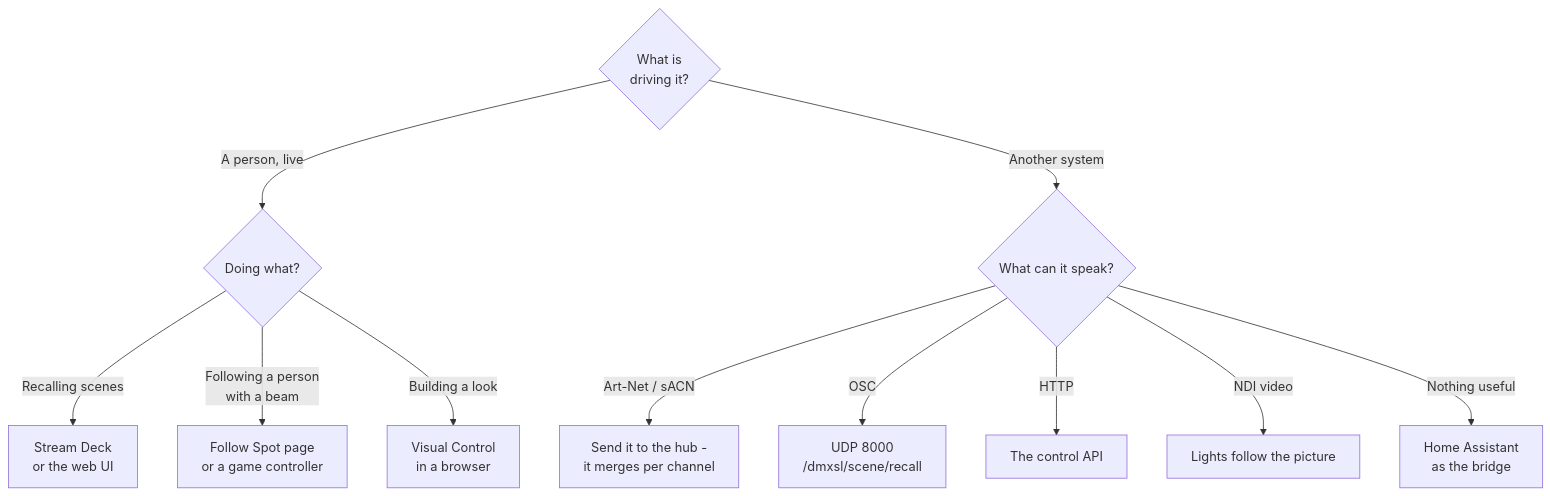
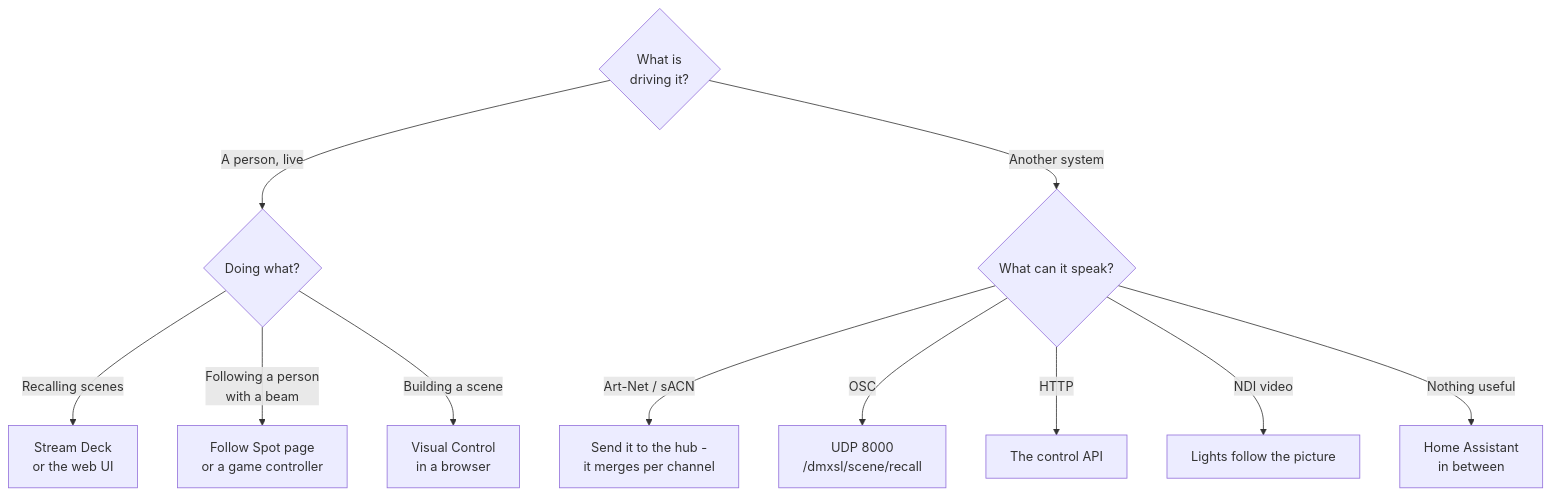
The eighth of 9 diagrams in docs/ARCHITECTURE.md (WhiteCrowSecurity/DMXSmartLink), drawn with Mermaid before and after one commit. The commit also changed other lines of this file and 11 other files, not shown here.

````diff
--- a/docs/ARCHITECTURE.md
+++ b/docs/ARCHITECTURE.md
@@ -203,16 +210,16 @@
 ```mermaid
 graph TD
     Q1{"What is<br/>driving it?"}
     Q1 -->|A person, live| Q2{"Doing what?"}
     Q1 -->|Another system| Q3{"What can it speak?"}
 
     Q2 -->|"Recalling scenes"| A1["Stream Deck<br/>or the web UI"]
     Q2 -->|"Following a person<br/>with a beam"| A2["Follow Spot page<br/>or a game controller"]
-    Q2 -->|"Building a look"| A3["Visual Control<br/>in a browser"]
+    Q2 -->|"Building a scene"| A3["Visual Control<br/>in a browser"]
 
     Q3 -->|"Art-Net / sACN"| B1["Send it to the hub -<br/>it merges per channel"]
     Q3 -->|"OSC"| B2["UDP 8000<br/>/dmxsl/scene/recall"]
     Q3 -->|"HTTP"| B3["The control API"]
     Q3 -->|"NDI video"| B4["Lights follow the picture"]
-    Q3 -->|"Nothing useful"| B5["Home Assistant<br/>as the bridge"]
+    Q3 -->|"Nothing useful"| B5["Home Assistant<br/>in between"]
 ```
````
